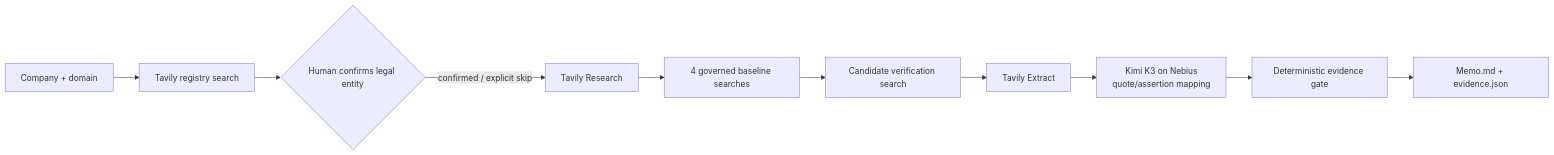
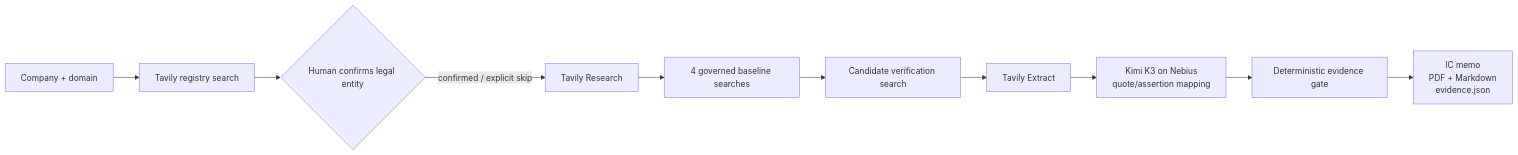
Before and after one commit to 0xtigerclaw/deal_lens: the diagram in README.md, drawn with Mermaid. The commit also changed other lines of this file and 4 other files, not shown here.

````diff
--- a/README.md
+++ b/README.md
@@ -33,12 +33,12 @@
 ```mermaid
 flowchart LR
     A["Company + domain"] --> R["Tavily registry search"]
     R --> H{"Human confirms legal entity"}
     H -->|"confirmed / explicit skip"| D["Tavily Research"]
     D --> B["4 governed baseline searches"]
     B --> V["Candidate verification search"]
     V --> X["Tavily Extract"]
     X --> K["Kimi K3 on Nebius<br/>quote/assertion mapping"]
     K --> G["Deterministic evidence gate"]
-    G --> O["Memo.md + evidence.json"]
+    G --> O["IC memo<br/>PDF + Markdown<br/>evidence.json"]
 ```
````
